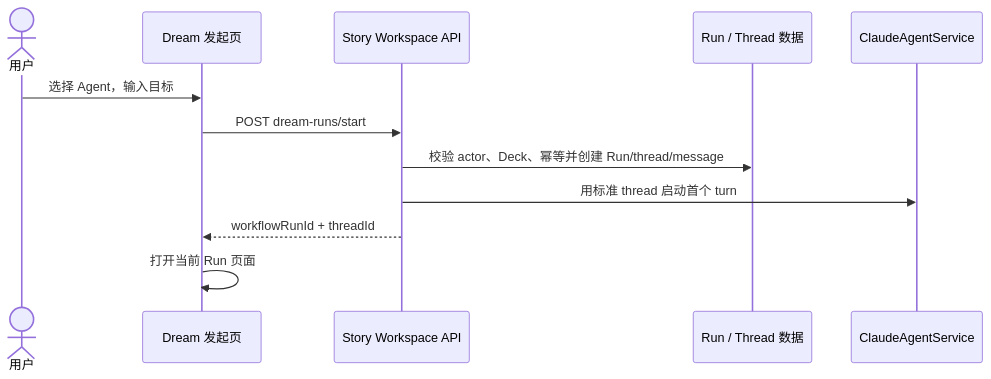
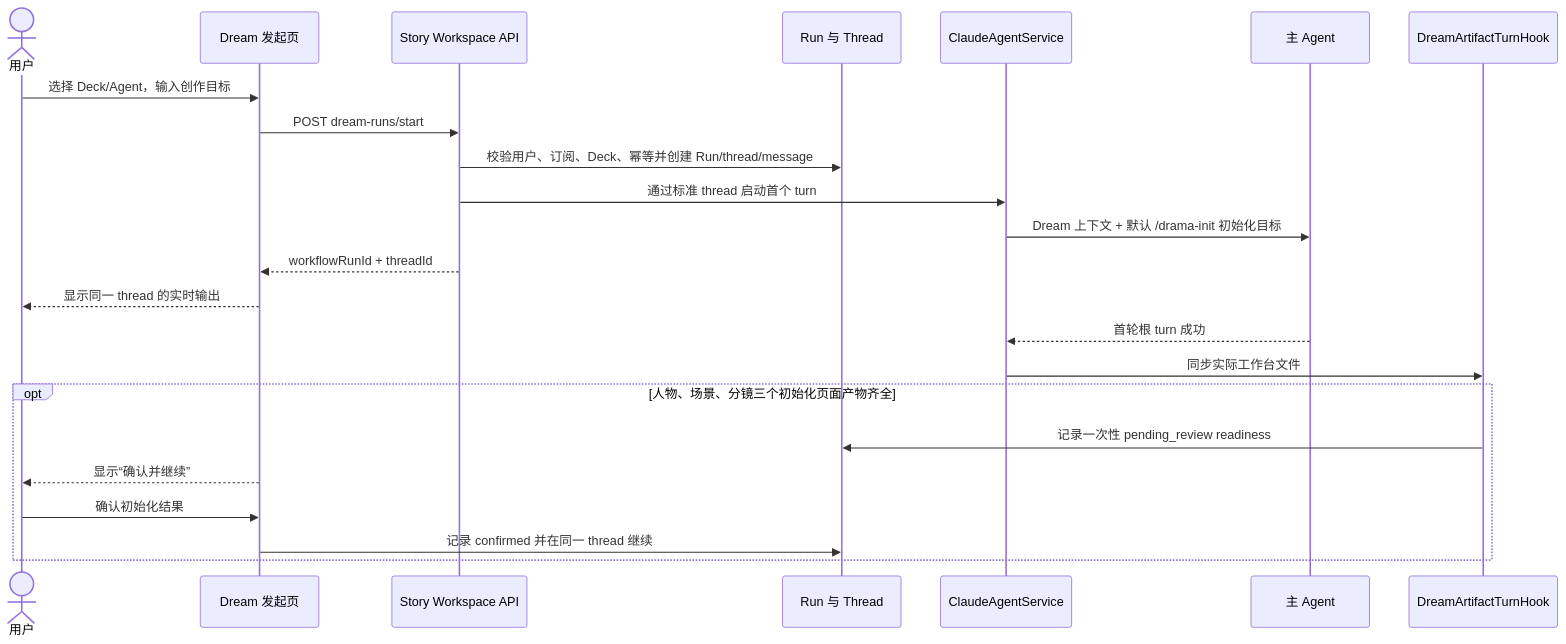
The first of 8 diagrams in docs/design/dream-agent/business-interaction-design.md (glide-the/im-dream), drawn with Mermaid before and after one commit. The commit also changed other lines of this file and 99 other files, not shown here.

````diff
--- a/docs/design/dream-agent/business-interaction-design.md
+++ b/docs/design/dream-agent/business-interaction-design.md
@@ -12,15 +22,26 @@
 ```mermaid
 sequenceDiagram
     actor U as 用户
-    participant P as Dream 发起页
+    participant D as Dream 发起页
     participant API as Story Workspace API
-    participant DB as Run / Thread 数据
+    participant DB as Run 与 Thread
     participant S as ClaudeAgentService
+    participant A as 主 Agent
+    participant H as DreamArtifactTurnHook
 
-    U->>P: 选择 Agent，输入目标
-    P->>API: POST dream-runs/start
-    API->>DB: 校验 actor、Deck、幂等并创建 Run/thread/message
-    API->>S: 用标准 thread 启动首个 turn
-    API-->>P: workflowRunId + threadId
-    P->>P: 打开当前 Run 页面
+    U->>D: 选择 Deck/Agent，输入创作目标
+    D->>API: POST dream-runs/start
+    API->>DB: 校验用户、订阅、Deck、幂等并创建 Run/thread/message
+    API->>S: 通过标准 thread 启动首个 turn
+    S->>A: Dream 上下文 + 默认 /drama-init 初始化目标
+    API-->>D: workflowRunId + threadId
+    D-->>U: 显示同一 thread 的实时输出
+    A-->>S: 首轮根 turn 成功
+    S->>H: 同步实际工作台文件
+    opt 人物、场景、分镜三个初始化页面产物齐全
+        H->>DB: 记录一次性 pending_review readiness
+        D-->>U: 显示“确认并继续”
+        U->>D: 确认初始化结果
+        D->>DB: 记录 confirmed 并在同一 thread 继续
+    end
 ```
````
